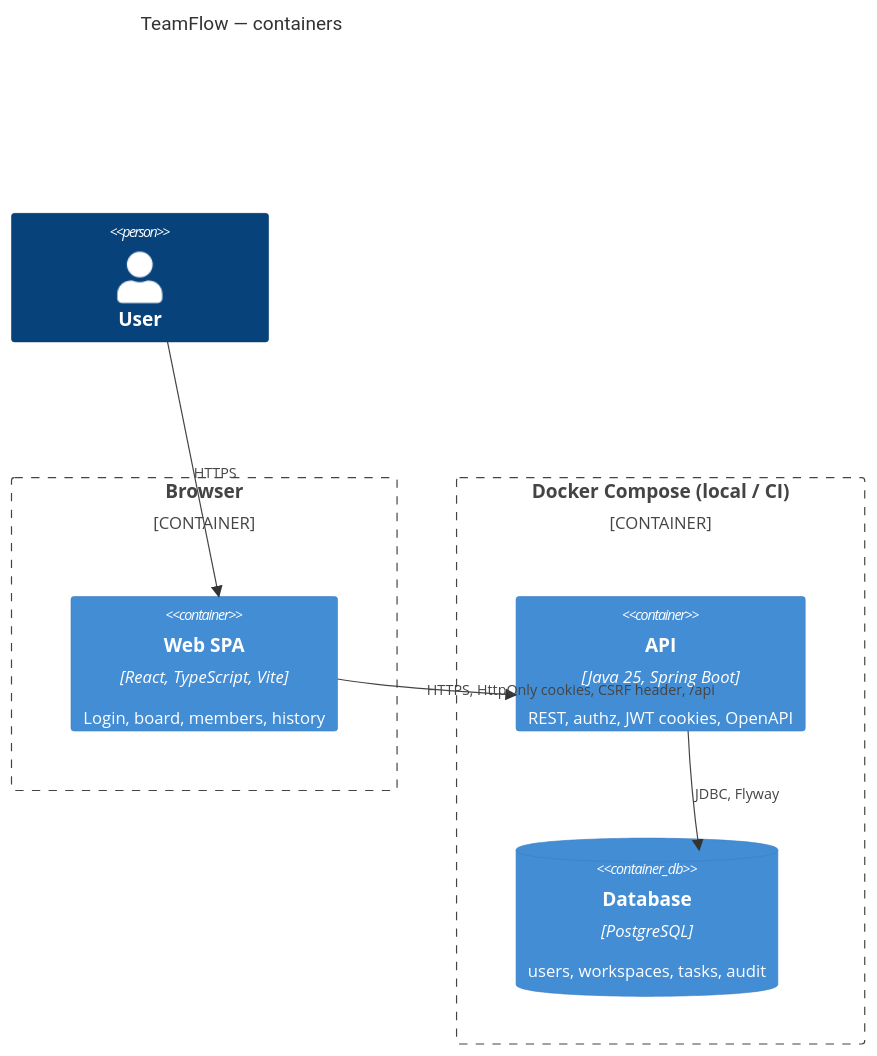
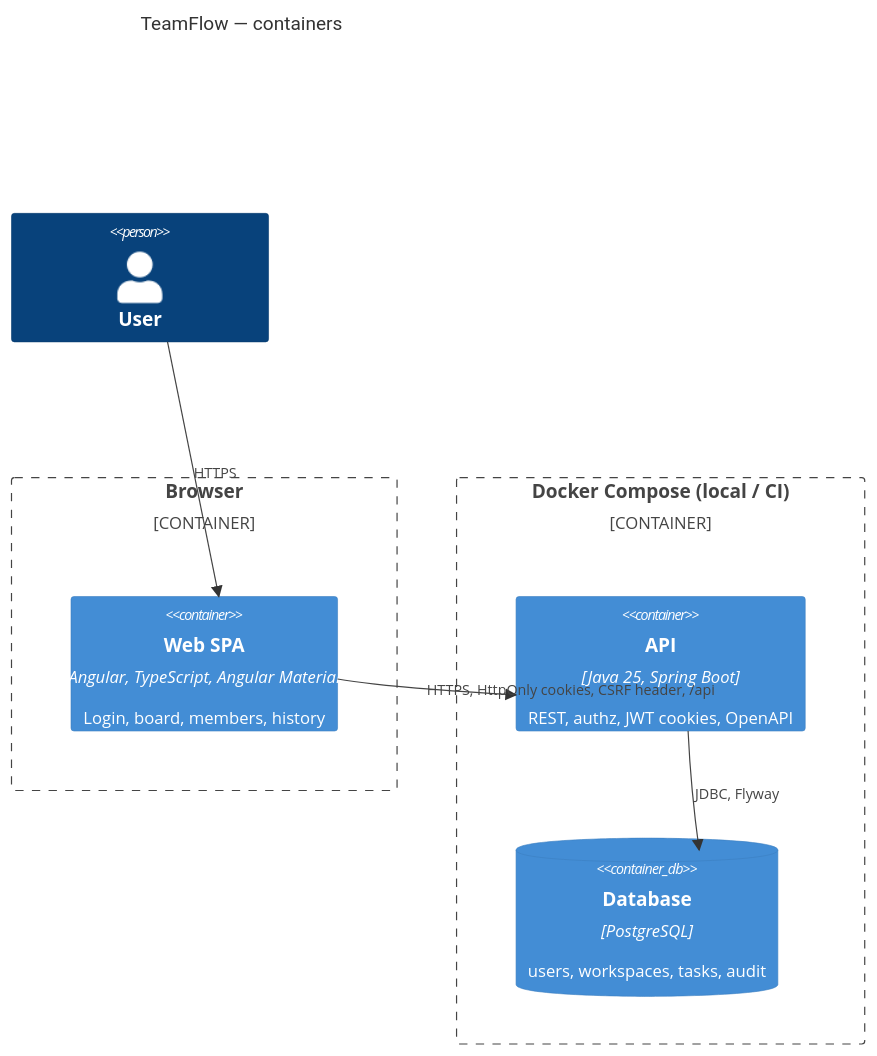
One commit to eyubin/team-flow changed the diagram in README.md. Above: the diagram before and after it, drawn with Mermaid. The commit also changed other lines of this file and 118 other files, not shown here.

````diff
--- a/README.md
+++ b/README.md
@@ -92,19 +92,19 @@
 ```mermaid
 C4Container
   title TeamFlow — containers
 
   Person(user, "User")
 
   Container_Boundary(browser, "Browser") {
-    Container(spa, "Web SPA", "React, TypeScript, Vite", "Login, board, members, history")
+    Container(spa, "Web SPA", "Angular, TypeScript, Angular Material", "Login, board, members, history")
   }
 
   Container_Boundary(compose, "Docker Compose (local / CI)") {
     Container(api, "API", "Java 25, Spring Boot", "REST, authz, JWT cookies, OpenAPI")
     ContainerDb(db, "Database", "PostgreSQL", "users, workspaces, tasks, audit")
   }
 
   Rel(user, spa, "HTTPS")
   Rel(spa, api, "HTTPS, HttpOnly cookies, CSRF header, /api")
   Rel(api, db, "JDBC, Flyway")
 ```
````
